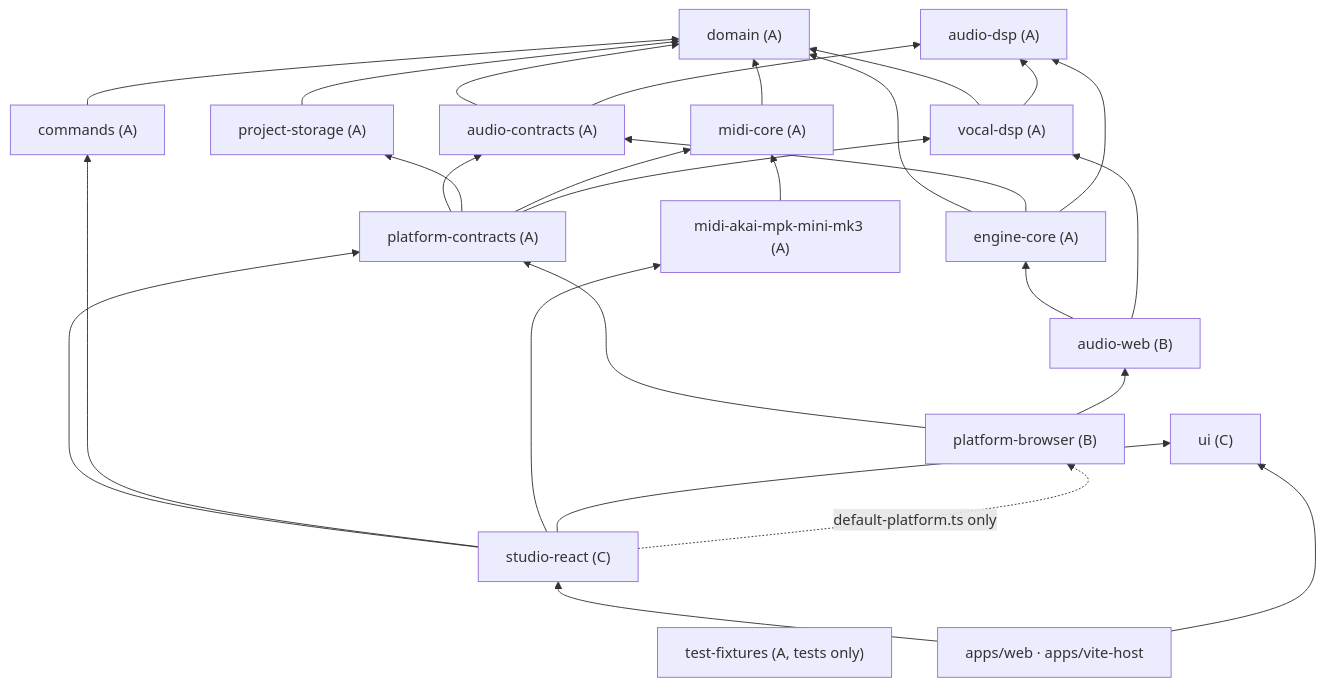
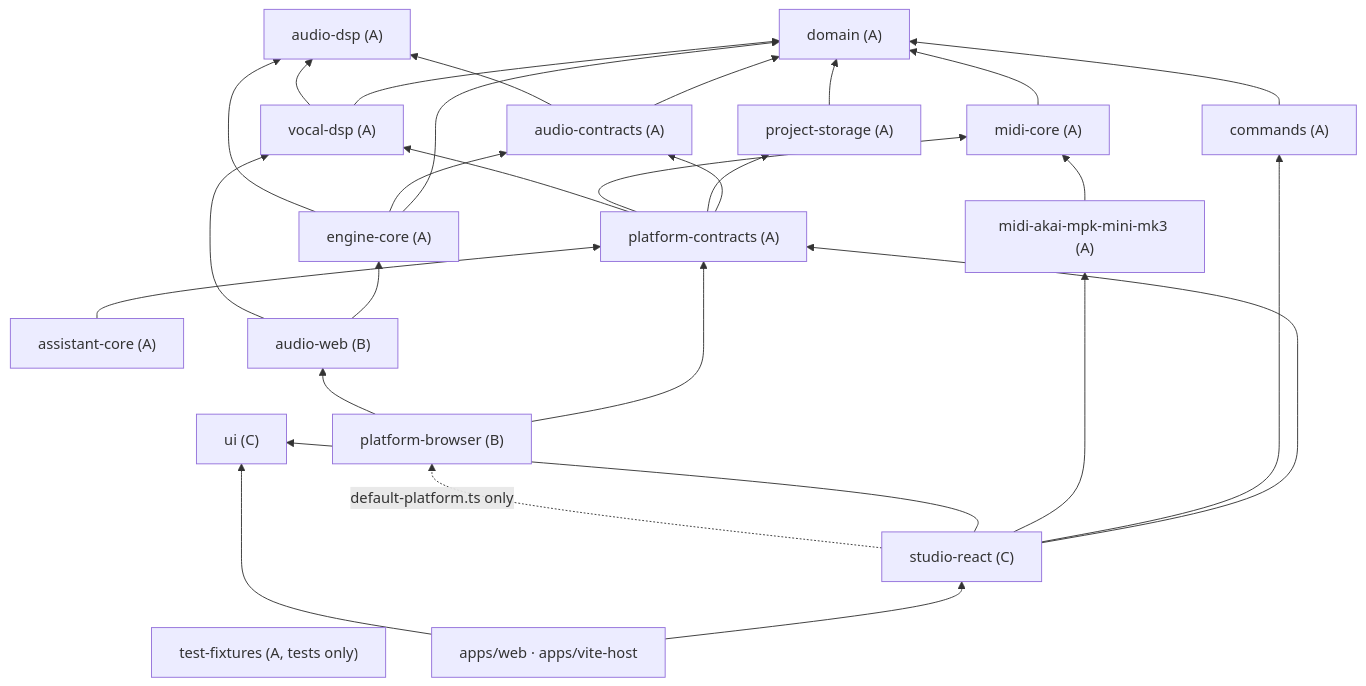
One commit to itsdula/music-app changed the third of 8 diagrams in docs/architecture.md. Above: the diagram before and after it, drawn with Mermaid. The commit also changed other lines of this file and 17 other files, not shown here.

First line of the commit message:
assistant-core: portable OpenAI-compatible provider client, guards and presets

````diff
--- a/docs/architecture.md
+++ b/docs/architecture.md
@@ -122,33 +122,34 @@
 ```mermaid
 flowchart BT
   domain["domain (A)"]
   commands["commands (A)"] --> domain
   audiodsp["audio-dsp (A)"]
   contracts["audio-contracts (A)"] --> domain
   contracts --> audiodsp
   enginecore["engine-core (A)"] --> domain
   enginecore --> contracts
   enginecore --> audiodsp
   vocal["vocal-dsp (A)"] --> domain
   vocal --> audiodsp
   midicore["midi-core (A)"] --> domain
   mpk["midi-akai-mpk-mini-mk3 (A)"] --> midicore
   storage["project-storage (A)"] --> domain
   pcontracts["platform-contracts (A)"] --> contracts
   pcontracts --> storage
   pcontracts --> midicore
   pcontracts --> vocal
+  assistant["assistant-core (A)"] --> pcontracts
   fixtures["test-fixtures (A, tests only)"]
   audioweb["audio-web (B)"] --> enginecore
   audioweb --> vocal
   pbrowser["platform-browser (B)"] --> pcontracts
   pbrowser --> audioweb
   ui["ui (C)"]
   studio["studio-react (C)"] --> pcontracts
   studio --> commands
   studio --> mpk
   studio --> ui
   studio -. "default-platform.ts only" .-> pbrowser
   apps["apps/web · apps/vite-host"] --> studio
   apps --> ui
 ```
````
